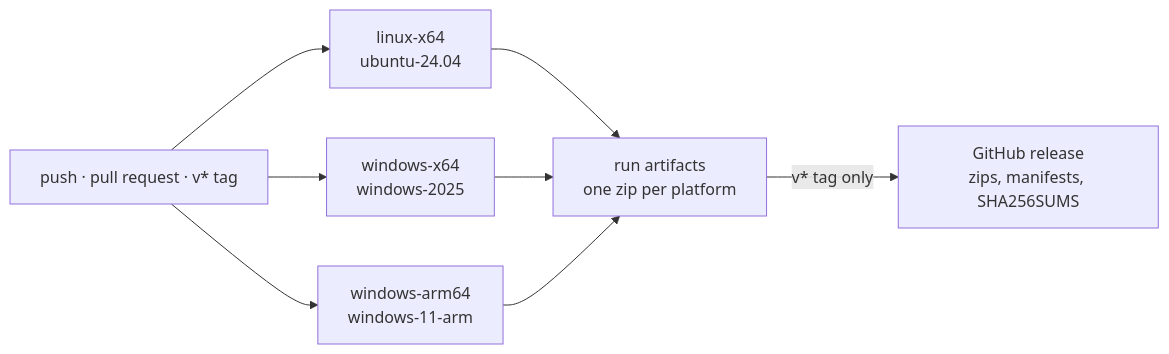
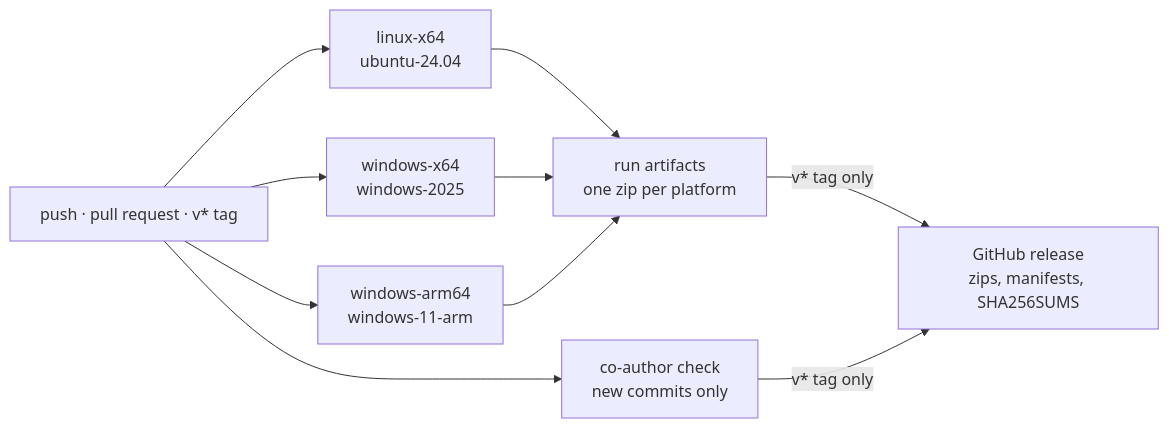
One commit to an-dr/dev-panel changed the diagram in docs/ci.md. Above: the diagram before and after it, drawn with Mermaid. The commit also changed other lines of this file and 3 other files, not shown here.

First line of the commit message:
ci: reject commits that credit an ai assistant as co-author

````diff
--- a/docs/ci.md
+++ b/docs/ci.md
@@ -5,10 +5,12 @@
 ```mermaid
 flowchart LR
     Push["push · pull request · v* tag"] --> L["linux-x64<br/>ubuntu-24.04"]
     Push --> W["windows-x64<br/>windows-2025"]
     Push --> A["windows-arm64<br/>windows-11-arm"]
     L --> Art["run artifacts<br/>one zip per platform"]
     W --> Art
     A --> Art
+    Push --> C["co-author check<br/>new commits only"]
     Art -->|v* tag only| Rel["GitHub release<br/>zips, manifests, SHA256SUMS"]
+    C -->|v* tag only| Rel
 ```
````
